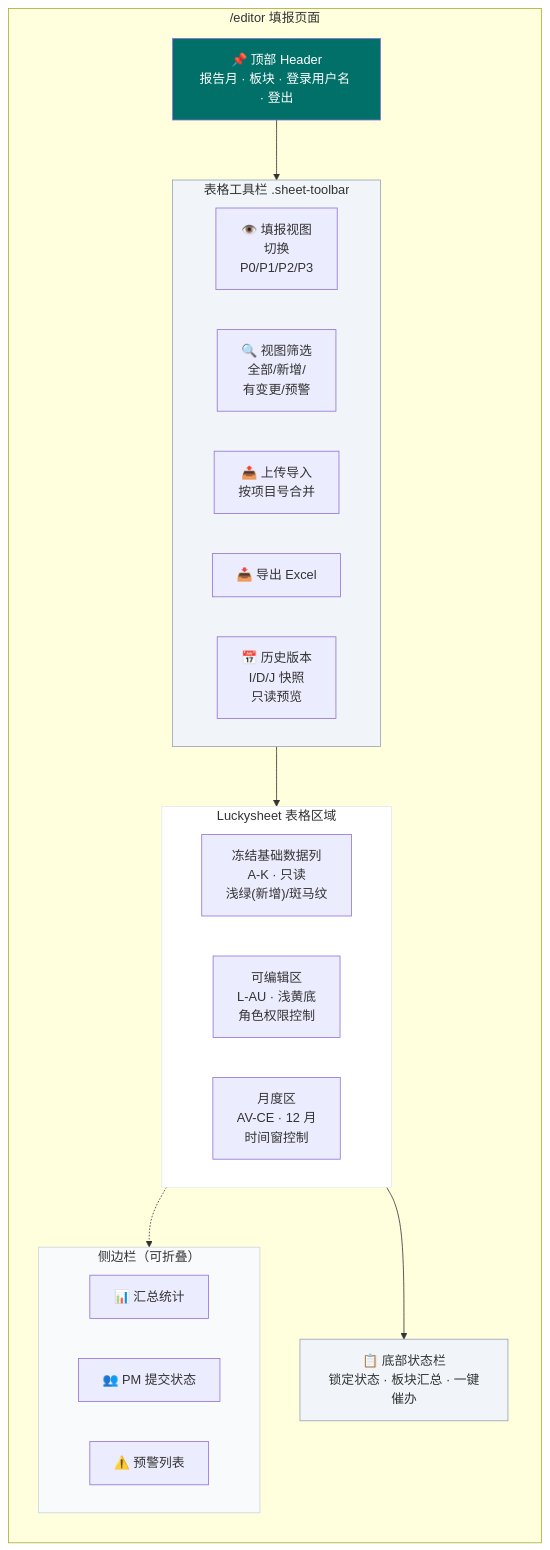
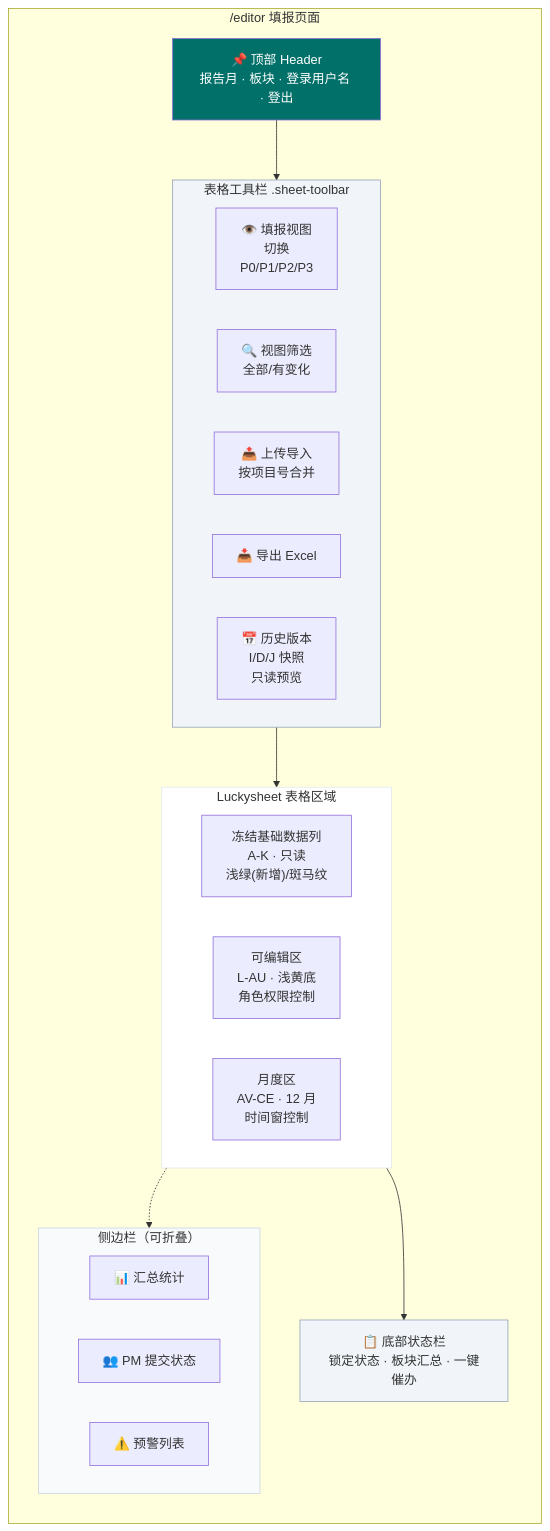
The sixth of 15 diagrams in docs/需求文档/需求文档_开发版.md (marcelxu0272/202605_project-tracking-table), drawn with Mermaid before and after one commit. The commit also changed other lines of this file and 54 other files, not shown here.

````diff
--- a/docs/需求文档/需求文档_开发版.md
+++ b/docs/需求文档/需求文档_开发版.md
@@ -521,40 +536,40 @@
 ```mermaid
 flowchart TB
     subgraph 填报页["/editor 填报页面"]
         direction TB
         HEADER["📌 顶部 Header<br/>报告月 · 板块 · 登录用户名 · 登出"]
         
         subgraph TOOLBAR["表格工具栏 .sheet-toolbar"]
             direction LR
             TB1["👁️ 填报视图<br/>切换<br/>P0/P1/P2/P3"]
-            TB2["🔍 视图筛选<br/>全部/新增/<br/>有变更/预警"]
+            TB2["🔍 视图筛选<br/>全部/有变化"]
             TB3["📤 上传导入<br/>按项目号合并"]
             TB4["📥 导出 Excel"]
             TB5["📅 历史版本<br/>I/D/J 快照<br/>只读预览"]
         end
         
         subgraph LUCKY_SHEET["Luckysheet 表格区域"]
             direction LR
             LEFT["冻结基础数据列<br/>A-K · 只读<br/>浅绿(新增)/斑马纹"]
             MID["可编辑区<br/>L-AU · 浅黄底<br/>角色权限控制"]
             RIGHT["月度区<br/>AV-CE · 12 月<br/>时间窗控制"]
         end
 
         subgraph SIDEBAR["侧边栏（可折叠）"]
             SB1["📊 汇总统计"]
             SB2["👥 PM 提交状态"]
             SB3["⚠️ 预警列表"]
         end
         
         FOOTER["📋 底部状态栏<br/>锁定状态 · 板块汇总 · 一键催办"]
     end
 
     HEADER --> TOOLBAR --> LUCKY_SHEET --> FOOTER
     LUCKY_SHEET -.-> SIDEBAR
 
     style HEADER fill:#007069,color:#fff
     style TOOLBAR fill:#f1f5f9,stroke:#94a3b8
     style LUCKY_SHEET fill:#fff,stroke:#e2e8f0
     style SIDEBAR fill:#f8fafc,stroke:#cbd5e1
     style FOOTER fill:#f1f5f9,stroke:#94a3b8
 ```
````
